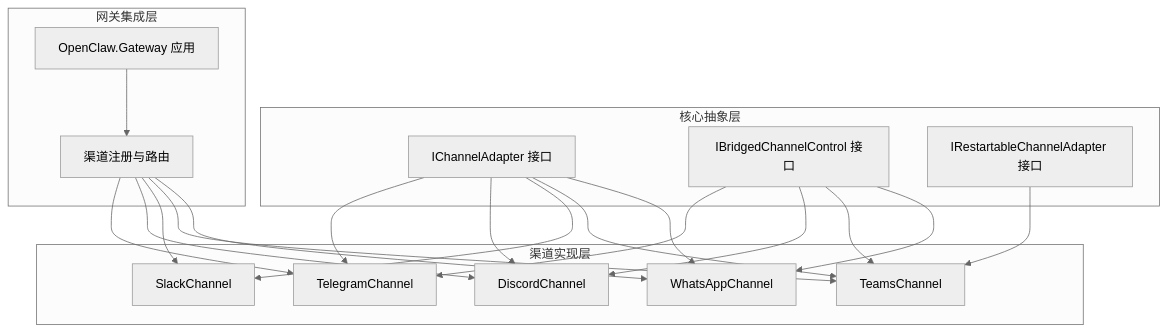
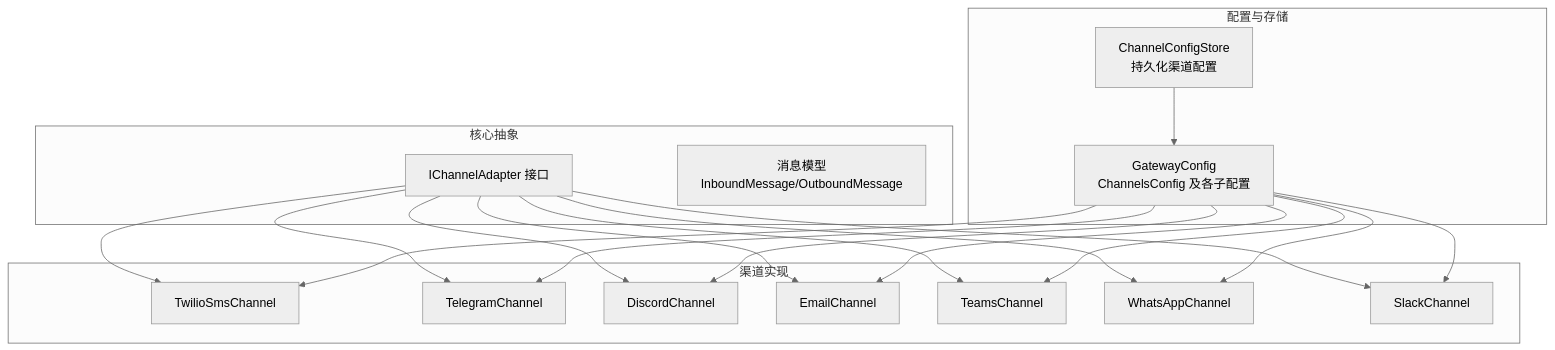
The first of 9 diagrams in .qoder/repowiki/zh/content/通信渠道/通信渠道.md (wayyet/kingcrab), drawn with Mermaid (neutral theme) before and after one commit. The commit also changed other lines of this file and 173 other files, not shown here.

````diff
--- a/.qoder/repowiki/zh/content/通信渠道/通信渠道.md
+++ b/.qoder/repowiki/zh/content/通信渠道/通信渠道.md
@@ -38,35 +45,35 @@
 ```mermaid
 graph TB
-subgraph "核心抽象层"
+subgraph "核心抽象"
 ICA["IChannelAdapter 接口"]
-IBC["IBridgedChannelControl 接口"]
-IRA["IRestartableChannelAdapter 接口"]
+MSG["消息模型<br/>InboundMessage/OutboundMessage"]
 end
-subgraph "渠道实现层"
+subgraph "渠道实现"
+SMS["TwilioSmsChannel"]
+TG["TelegramChannel"]
+DC["DiscordChannel"]
+EM["EmailChannel"]
+TM["TeamsChannel"]
 WA["WhatsAppChannel"]
-TEAMS["TeamsChannel"]
-SLACK["SlackChannel"]
-DISCORD["DiscordChannel"]
-TG["TelegramChannel"]
+SL["SlackChannel"]
 end
-subgraph "网关集成层"
-GW["OpenClaw.Gateway 应用"]
-REG["渠道注册与路由"]
+subgraph "配置与存储"
+CFG["GatewayConfig<br/>ChannelsConfig 及各子配置"]
+STORE["ChannelConfigStore<br/>持久化渠道配置"]
 end
+ICA --> SMS
+ICA --> TG
+ICA --> DC
+ICA --> EM
+ICA --> TM
 ICA --> WA
-ICA --> TEAMS
-ICA --> SLACK
-ICA --> DISCORD
-ICA --> TG
-IBC --> WA
-IBC --> TEAMS
-IBC --> DISCORD
-IBC --> TG
-IRA --> TEAMS
-REG --> WA
-REG --> TEAMS
-REG --> SLACK
-REG --> DISCORD
-REG --> TG
-GW --> REG
+ICA --> SL
+CFG --> SMS
+CFG --> TG
+CFG --> DC
+CFG --> EM
+CFG --> TM
+CFG --> WA
+CFG --> SL
+STORE --> CFG
 ```
````
